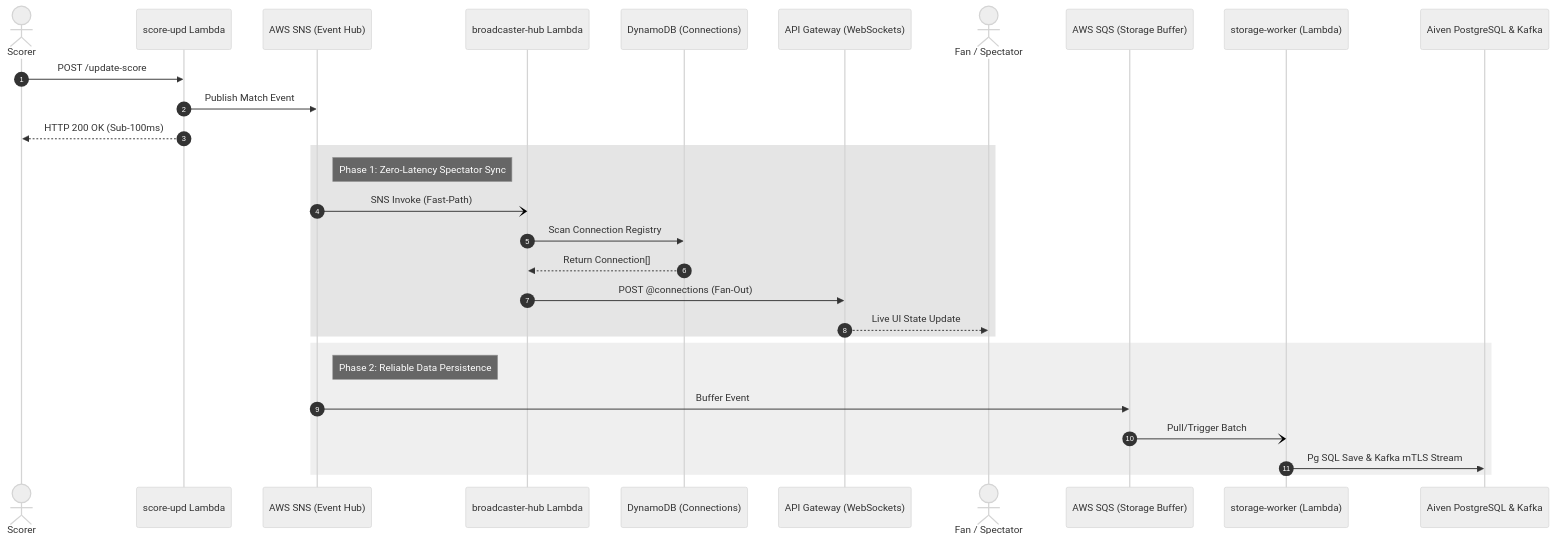
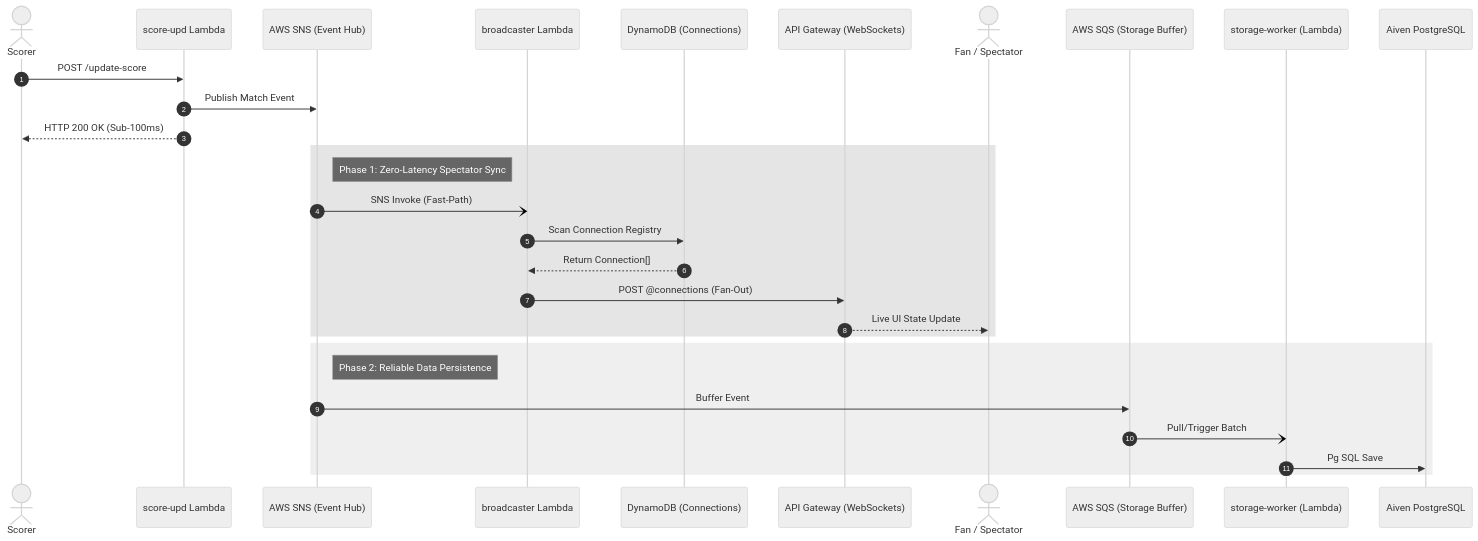
The second of 2 diagrams in docs/architecture.md (venkatesh-singamsetty/cricscore), drawn with Mermaid (neutral theme) before and after one commit. The commit also changed other lines of this file and 40 other files, not shown here.

Commit message:
CricScore v2.2.0: Complete scoring double submit fix, cricket laws compliance, timeline standardization, email delivery fixes, Aiven Kafka removal, and security scanning integrations

````diff
--- a/docs/architecture.md
+++ b/docs/architecture.md
@@ -27,35 +27,35 @@
 ```mermaid
 sequenceDiagram
     autonumber
     actor Scorer as Scorer
     participant Producer as score-upd Lambda
     participant SNS as AWS SNS (Event Hub)
-    participant Broadcaster as broadcaster-hub Lambda
+    participant Broadcaster as broadcaster Lambda
     participant DDB as DynamoDB (Connections)
     participant APIGW_WS as API Gateway (WebSockets)
     actor Viewer as Fan / Spectator
     
     participant SQS as AWS SQS (Storage Buffer)
     participant Consumer as storage-worker (Lambda)
-    participant Aiven_Hub as Aiven PostgreSQL & Kafka
+    participant Aiven_Hub as Aiven PostgreSQL
 
     Scorer->>Producer: POST /update-score
     Producer->>SNS: Publish Match Event
     Producer-->>Scorer: HTTP 200 OK (Sub-100ms)
     
     rect rgb(0, 0, 0, 0.1)
         Note right of SNS: Phase 1: Zero-Latency Spectator Sync
         SNS-)Broadcaster: SNS Invoke (Fast-Path)
         Broadcaster->>DDB: Scan Connection Registry
         DDB-->>Broadcaster: Return Connection[]
         Broadcaster->>APIGW_WS: POST @connections (Fan-Out)
         APIGW_WS-->>Viewer: Live UI State Update
     end
     
     rect rgb(100, 100, 100, 0.1)
         Note right of SNS: Phase 2: Reliable Data Persistence
         SNS->>SQS: Buffer Event
         SQS-)Consumer: Pull/Trigger Batch
-        Consumer->>Aiven_Hub: Pg SQL Save & Kafka mTLS Stream
+        Consumer->>Aiven_Hub: Pg SQL Save
     end
 ```
````
